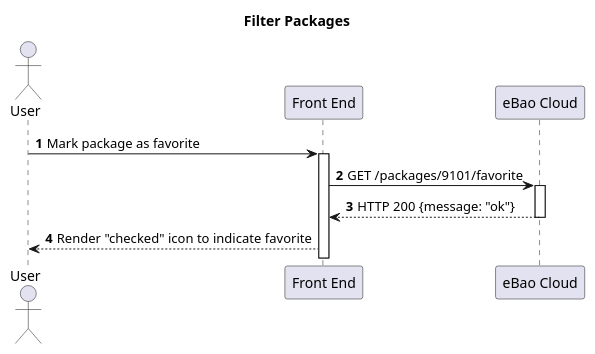
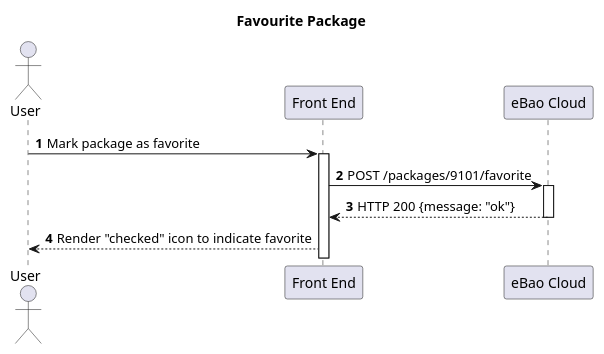
One commit to yitchoong/cloudapi changed the fourth of 12 diagrams in markdown/products-2.md. Above: the diagram before and after it, drawn with PlantUML. The commit also changed other lines of this file and 5 other files, not shown here.

````diff
--- a/markdown/products-2.md
+++ b/markdown/products-2.md
@@ -219,15 +225,15 @@
 ```puml
-title **Filter Packages**
+title **Favourite Package**
 actor "User" as user
 participant "Front End" as front
 participant "eBao Cloud" as ebao
 autonumber
 
 user -> front: Mark package as favorite
 activate front
-front -> ebao : GET /packages/9101/favorite
+front -> ebao : POST /packages/9101/favorite
 activate ebao
 ebao --> front : HTTP 200 {message: "ok"}
 deactivate ebao
 front --> user : Render "checked" icon to indicate favorite
 ```
````
